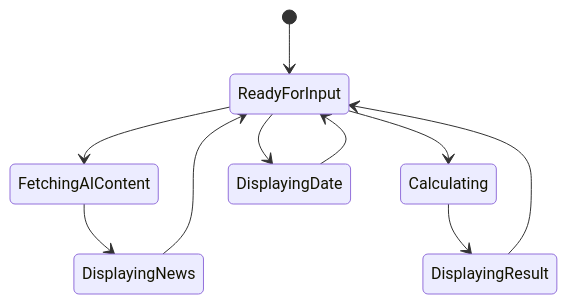
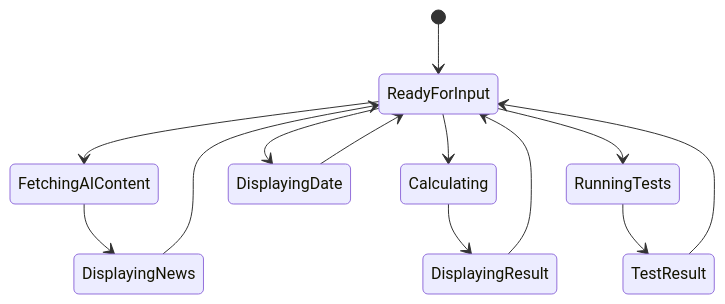
One commit to thoaihcmc/docs-pipeline-e2e-test changed the diagram in docs/diagrams/state-machine.mmd. Above: the diagram before and after it, drawn with Mermaid. The commit also changed 7 other files, not shown here.

Commit message:
docs: auto-generate FDD, BDD, ADD and diagrams for 00a6d82128dbacb408c5509bb86f9ac9a8706795

````diff
--- a/docs/diagrams/state-machine.mmd
+++ b/docs/diagrams/state-machine.mmd
@@ -1,12 +1,15 @@
 ```mermaid  
 stateDiagram-v2  
     [*] --> ReadyForInput  
     ReadyForInput --> FetchingAIContent  
     FetchingAIContent --> DisplayingNews  
     DisplayingNews --> ReadyForInput  
     ReadyForInput --> Calculating  
     Calculating --> DisplayingResult  
     DisplayingResult --> ReadyForInput  
     ReadyForInput --> DisplayingDate  
     DisplayingDate --> ReadyForInput  
+    ReadyForInput --> RunningTests  
+    RunningTests --> TestResult  
+    TestResult --> ReadyForInput  
 ```
````
